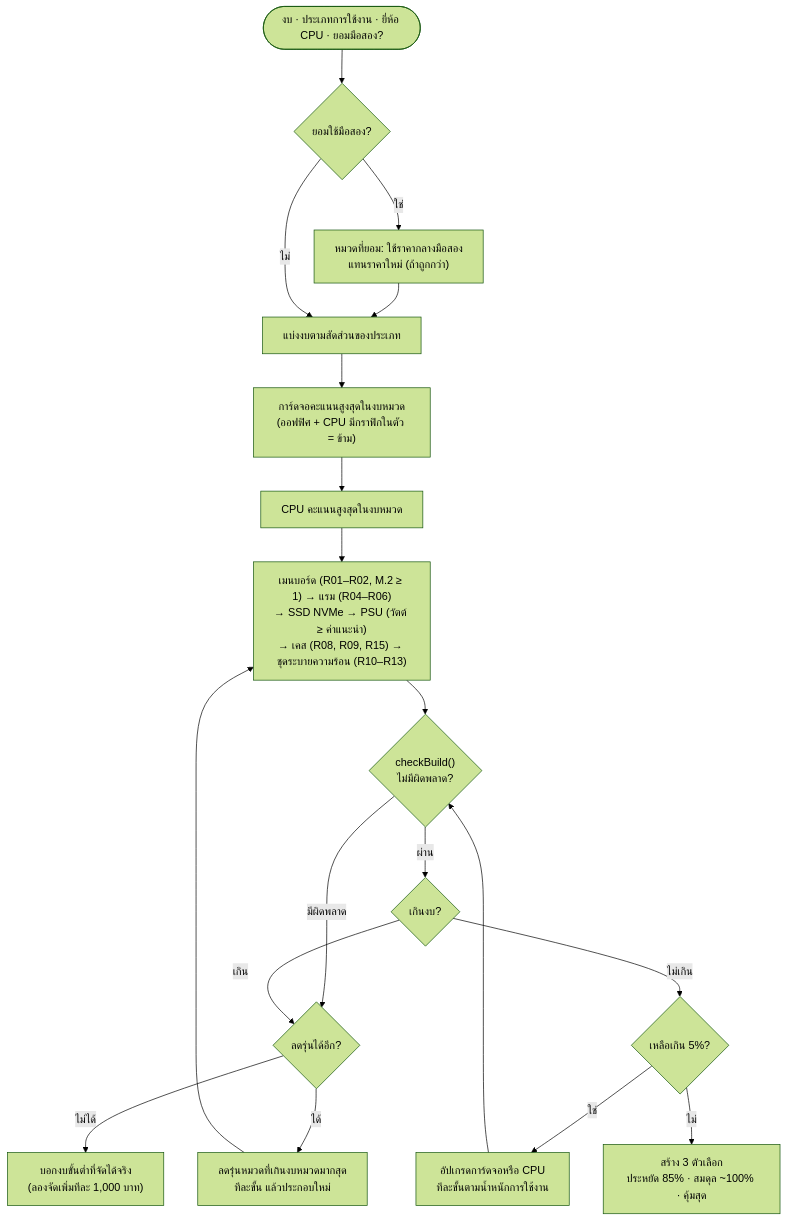
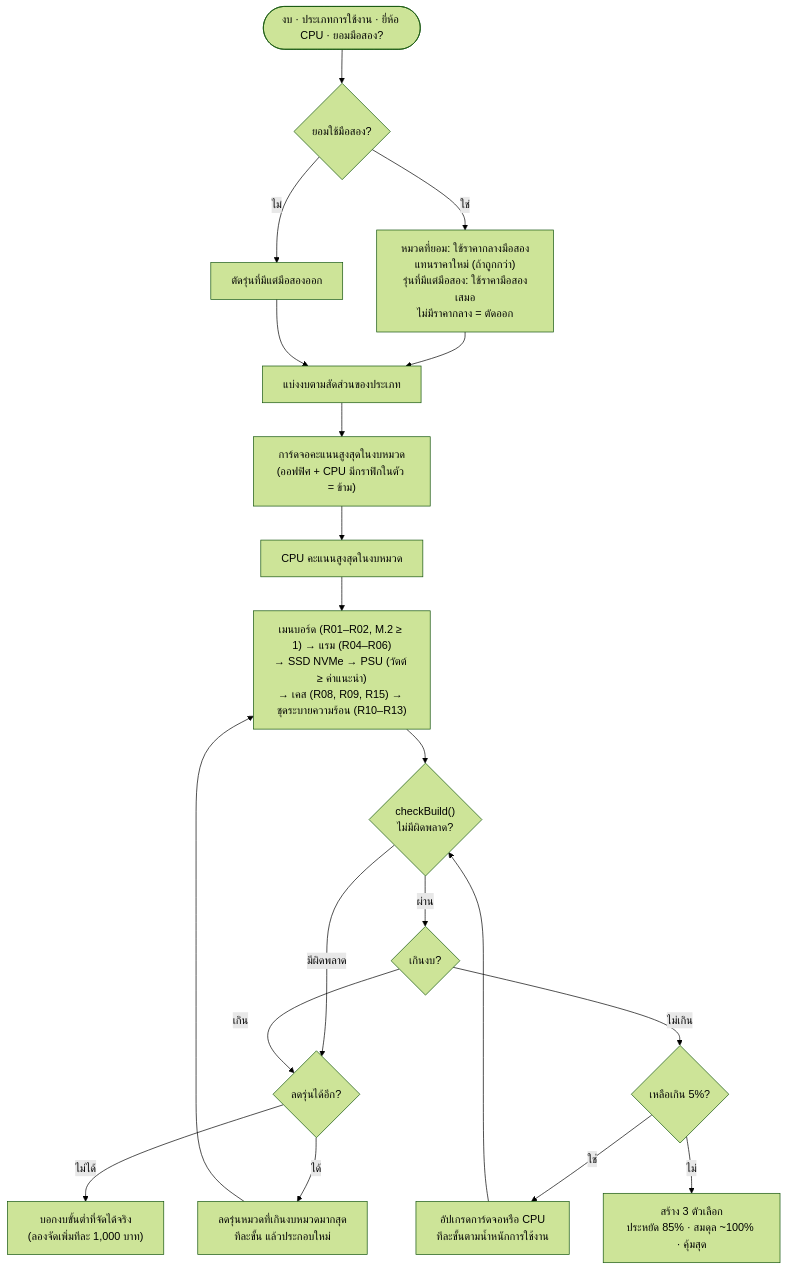
One commit to LasperX/BuildCheck changed the diagram in docs/diagrams/flow-budget.mmd. Above: the diagram before and after it, drawn with Mermaid (forest theme). The commit also changed 11 other files, not shown here.

Commit message:
อัปเดตไดอะแกรมให้ครบฟีเจอร์ใหม่: Use Case (ตรวจสเปก ยืนยันอีเมลให้ นำเข้าแบบอัปเดต) ผังเว็บไซต์ (หน้าตรวจสเปก) ER จาก Schema จริง (availability) และ Flowchart จัดตามงบ/ราคามือสอง (รุ่นที่มีแต่มือสอง) พร้อมไฟล์รูปใหม่

```diff
--- a/docs/diagrams/flow-budget.mmd
+++ b/docs/diagrams/flow-budget.mmd
@@ -1,17 +1,17 @@
 %% อัลกอริทึมจัดสเปกตามงบ (หัวข้อ 4.5) ตามโค้ดใน src/lib/compat/budget.ts
 flowchart TD
   input([งบ · ประเภทการใช้งาน · ยี่ห้อ CPU · ยอมมือสอง?]) --> used{"ยอมใช้มือสอง?"}
-  used -- ใช่ --> swap["หมวดที่ยอม: ใช้ราคากลางมือสอง<br/>แทนราคาใหม่ (ถ้าถูกกว่า)"] --> split
-  used -- ไม่ --> split["แบ่งงบตามสัดส่วนของประเภท"]
+  used -- ใช่ --> swap["หมวดที่ยอม: ใช้ราคากลางมือสอง<br/>แทนราคาใหม่ (ถ้าถูกกว่า)<br/>รุ่นที่มีแต่มือสอง: ใช้ราคามือสองเสมอ<br/>ไม่มีราคากลาง = ตัดออก"] --> split
+  used -- ไม่ --> drop["ตัดรุ่นที่มีแต่มือสองออก"] --> split["แบ่งงบตามสัดส่วนของประเภท"]
   split --> gpu["การ์ดจอคะแนนสูงสุดในงบหมวด<br/>(ออฟฟิศ + CPU มีกราฟิกในตัว = ข้าม)"]
   gpu --> cpu["CPU คะแนนสูงสุดในงบหมวด"]
   cpu --> rest["เมนบอร์ด (R01–R02, M.2 ≥ 1) → แรม (R04–R06)<br/>→ SSD NVMe → PSU (วัตต์ ≥ ค่าแนะนำ)<br/>→ เคส (R08, R09, R15) → ชุดระบายความร้อน (R10–R13)"]
   rest --> check{"checkBuild()<br/>ไม่มีผิดพลาด?"}
   check -- มีผิดพลาด --> fail{"ลดรุ่นได้อีก?"}
   check -- ผ่าน --> over{"เกินงบ?"}
   over -- เกิน --> fail
   fail -- ได้ --> down["ลดรุ่นหมวดที่เกินงบหมวดมากสุด<br/>ทีละขั้น แล้วประกอบใหม่"] --> rest
   fail -- ไม่ได้ --> min["บอกงบขั้นต่ำที่จัดได้จริง<br/>(ลองจัดเพิ่มทีละ 1,000 บาท)"]
   over -- ไม่เกิน --> left{"เหลือเกิน 5%?"}
   left -- ใช่ --> up["อัปเกรดการ์ดจอหรือ CPU<br/>ทีละขั้นตามน้ำหนักการใช้งาน"] --> check
   left -- ไม่ --> three["สร้าง 3 ตัวเลือก<br/>ประหยัด 85% · สมดุล ~100% · คุ้มสุด"]
```
